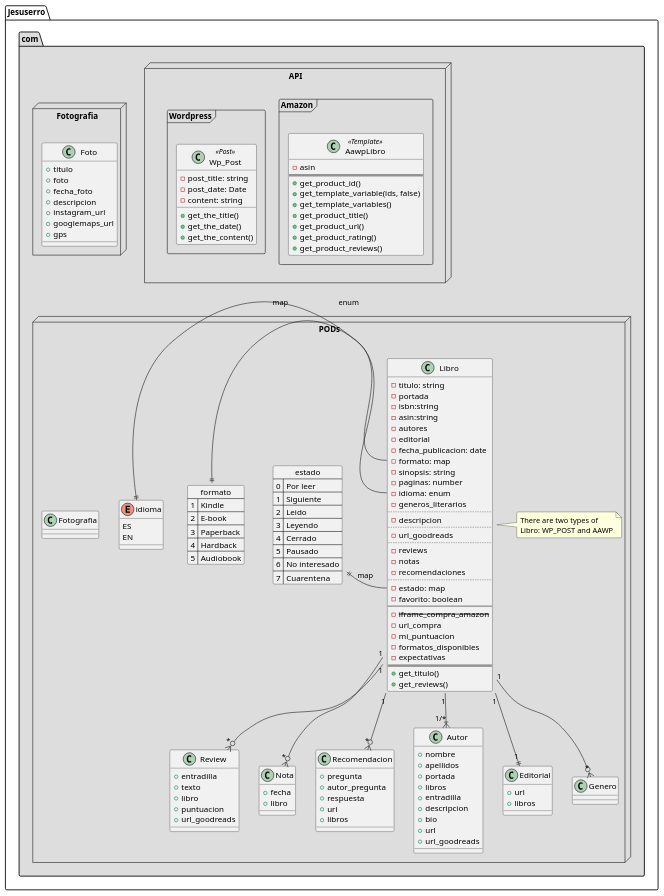
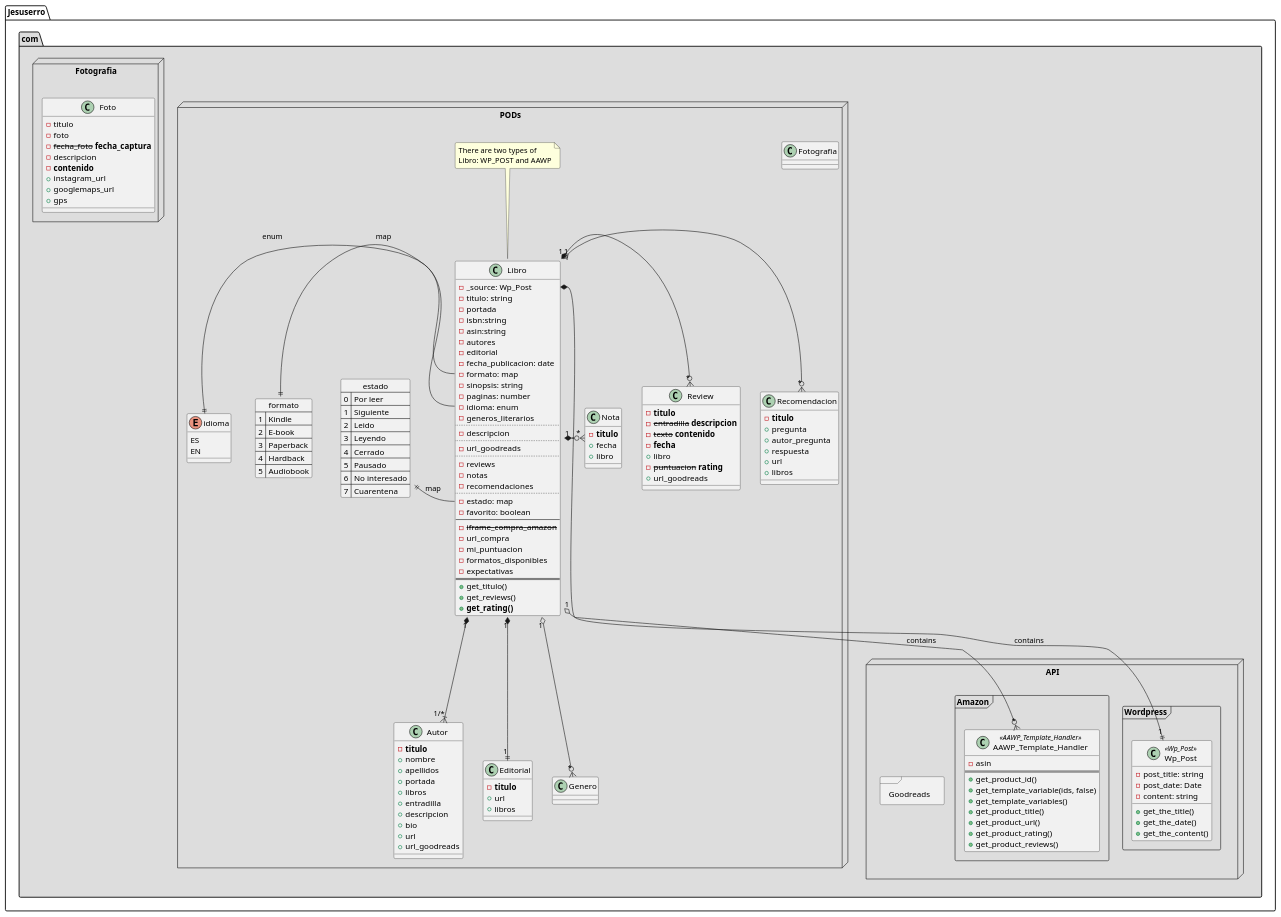
The diagram in docs/diagrams/src/app.plantuml (libricos-com/libricos), drawn with PlantUML before and after one commit. The commit also changed 1 other file, not shown here.

Commit message:
docs(UML): Updated UML data

```diff
--- a/docs/diagrams/src/app.plantuml
+++ b/docs/diagrams/src/app.plantuml
@@ -6,170 +1,189 @@
 @startuml
+' https://www.codeproject.com/Articles/1278703/UML-Made-Easy-with-PlantUML-VS-Code
+' java -jar ~/.vscode/extensions/jebbs.plantuml-2.13.14/plantuml.jar -verbose *.plantuml ../out/index.plantuml
+' https://plantuml.com/es/component-diagram
+' https://plantuml.com/es/ie-diagram
+
+
 
 ' skinparam Style strictuml
 skinparam SequenceMessageAlignment center
 skinparam backgroundColor #FFFFFF
 skinparam roundcorner 5
 
 package "Jesuserro.com" #DDDDDD 
 {
     node "API" as n1 {
         frame Amazon {
-            class AawpLibro <<Template>>{
+            class AAWP_Template_Handler <<AAWP_Template_Handler>>{
                 - asin
                 ==
                 + get_product_id()
                 + get_template_variable(ids, false)
                 + get_template_variables()
                 + get_product_title()
                 + get_product_url()
                 + get_product_rating()
                 + get_product_reviews()
             }
         }
         frame Wordpress {
-            class Wp_Post <<Post>>{
+            class Wp_Post <<Wp_Post>>{
                 - post_title: string
                 - post_date: Date
                 - content: string
                 + get_the_title()
                 + get_the_date()
                 + get_the_content()
             }
+        }
+        frame Goodreads {
+            
         }
     }
     
     node "PODs" {
 
         enum idioma {
             ES
             EN
         }
 
         map formato {
             1 => Kindle
             2 => E-book
             3 => Paperback
             4 => Hardback
             5 => Audiobook
         }
         map estado {
             0 => Por leer
             1 => Siguiente
             2 => Leido
             3 => Leyendo
             4 => Cerrado
             5 => Pausado
             6 => No interesado
             7 => Cuarentena
         }
 
         class Libro {
+            - _source: Wp_Post
             - titulo: string
             - portada
             - isbn:string
             - asin:string
             - autores
             - editorial
             - fecha_publicacion: date
             - formato: map
             - sinopsis: string
             - paginas: number
             - idioma: enum
             - generos_literarios
             ..
             - descripcion
             ..
             - url_goodreads
             ..
             - reviews
             - notas
             - recomendaciones
             ..
             - estado: map
             - favorito: boolean 
             --
             - <strike>iframe_compra_amazon</strike> 
             - url_compra 
             - mi_puntuacion 
             - formatos_disponibles 
             - expectativas
             ==
             + get_titulo() 
-            + get_reviews() 
+            + get_reviews()
+            + <b>get_rating()</b> 
         }
         
-        note right of Libro 
+        note top of Libro 
             There are two types of 
             Libro: WP_POST and AAWP
         end note
 
-        Libro "1" --o{ "*" Review
-        Libro "1" --o{ "*" Nota
-        Libro "1" --o{ "*" Recomendacion
-        Libro "1" --|{ "1/*" Autor
-        Libro "1" --|| "1" Editorial
-        Libro "1" --o{ "*" Genero
+        Libro "1" *-o{ "*" Review
+        Libro "1" *-o{ "*" Nota
+        Libro "1" o-o{ "*" Recomendacion
+        Libro "1" *--down|{ "1/*" Autor
+        Libro "1" *--down|| "1" Editorial
+        Libro "1" o--downo{ "*" Genero
+        Libro::_source "1" *--|| "1" Wp_Post: contains
+        Libro "1" o--o{ "*" AAWP_Template_Handler: contains
 
         Libro::estado --left|| estado : map
         Libro::formato --left|| formato : map
         Libro::idioma --left|| idioma : enum
 
         Fotografia -up[hidden]-> n1
 
         class Review {
-            + entradilla
-            + texto
+            - <b>titulo</b>
+            - <strike>entradilla</strike> <b>descripcion</b>
+            - <strike>texto</strike> <b>contenido</b>
+            - <b>fecha</b>
             + libro
-            + puntuacion
+            - <strike>puntuacion</strike> <b>rating</b>
             + url_goodreads
         }
 
         class Nota {
+            - <b>titulo</b>
             + fecha
             + libro
         }
 
         class Recomendacion {
+            - <b>titulo</b>
             + pregunta
             + autor_pregunta
             + respuesta
             + url
             + libros
         }
 
         class Autor{
+            - <b>titulo</b>
             + nombre
             + apellidos
             + portada
             + libros
             + entradilla
             + descripcion
             + bio
             + url
             + url_goodreads
         }
 
         class Editorial{
+            - <b>titulo</b>
             + url
             + libros
         }
 
         class Genero{
             
         }
     }
 
     node Fotografia{
         class Foto{
-            + titulo
-            + foto
-            + fecha_foto
-            + descripcion
+            - titulo
+            - foto
+            - <strike>fecha_foto</strike> <b>fecha_captura</b>
+            - descripcion
+            - <b>contenido</b>
             + instagram_url
             + googlemaps_url
             + gps
         }
     }
 }
-
 @enduml
```
